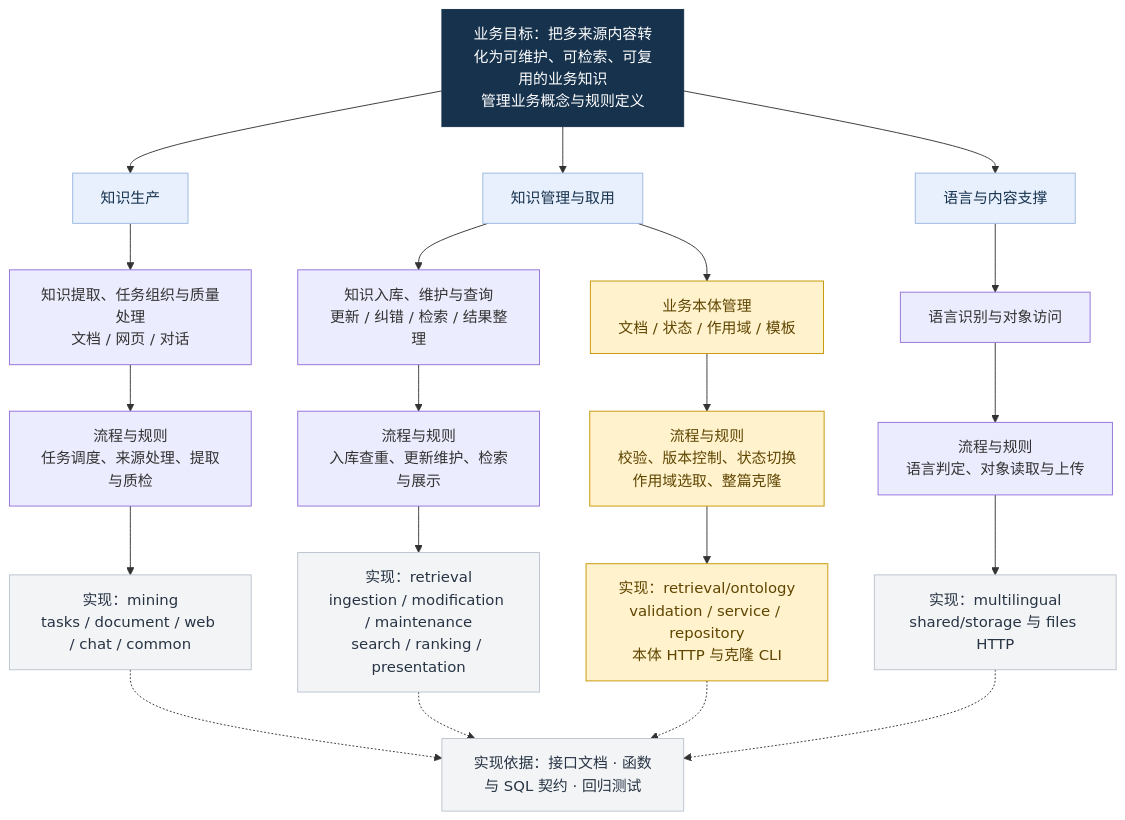
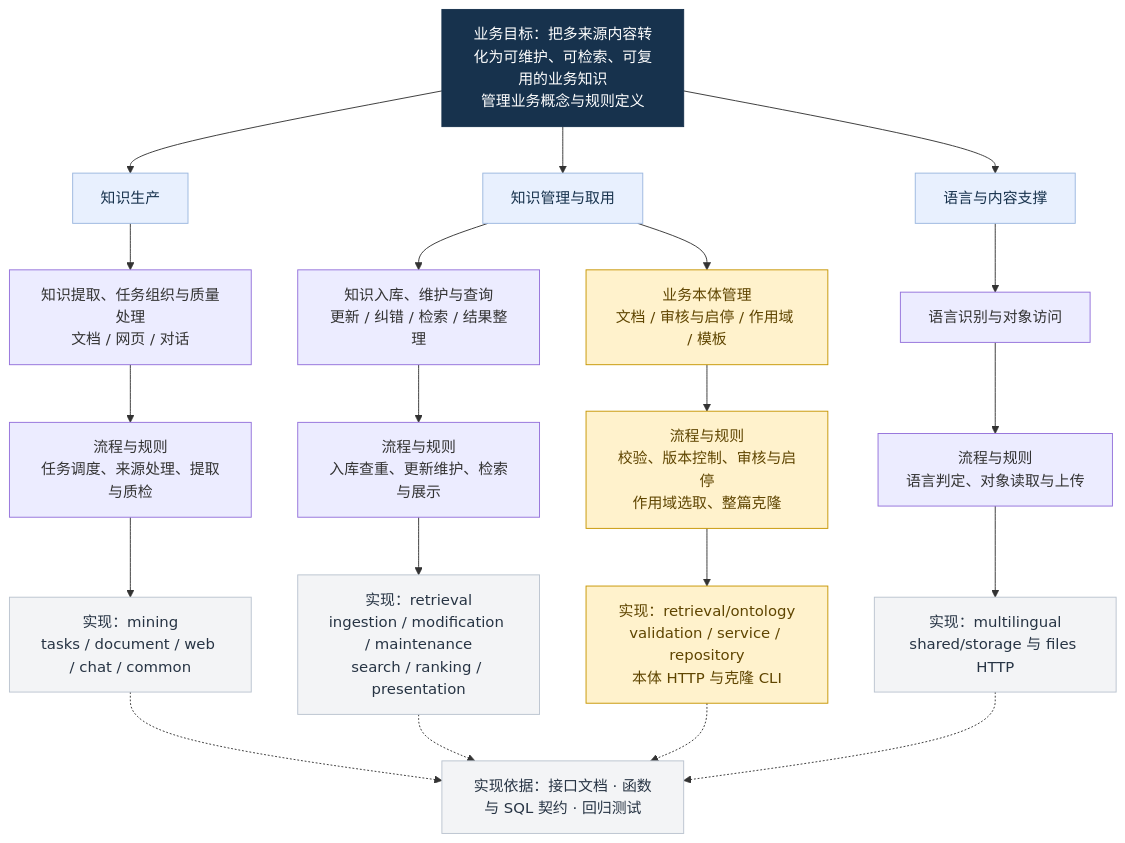
Before and after one commit to chenqishi/kdb-forge: the first of 2 diagrams in docs/Architecture_Overview_Diagram.md, drawn with Mermaid. The commit also changed other lines of this file and 45 other files, not shown here.

````diff
--- a/docs/Architecture_Overview_Diagram.md
+++ b/docs/Architecture_Overview_Diagram.md
@@ -9,36 +9,36 @@
 ```mermaid
 flowchart TB
   GOAL["业务目标：把多来源内容转化为可维护、可检索、可复用的业务知识<br/>管理业务概念与规则定义"]
   GOAL --> PRODUCE["知识生产"]
   GOAL --> USE["知识管理与取用"]
   GOAL --> SUPPORT["语言与内容支撑"]
 
   PRODUCE --> MC["知识提取、任务组织与质量处理<br/>文档 / 网页 / 对话"]
   USE --> KC["知识入库、维护与查询<br/>更新 / 纠错 / 检索 / 结果整理"]
-  USE --> OC["业务本体管理<br/>文档 / 状态 / 作用域 / 模板"]
+  USE --> OC["业务本体管理<br/>文档 / 审核与启停 / 作用域 / 模板"]
   SUPPORT --> SC["语言识别与对象访问"]
 
   MC --> MF["流程与规则<br/>任务调度、来源处理、提取与质检"]
   KC --> KF["流程与规则<br/>入库查重、更新维护、检索与展示"]
-  OC --> OF["流程与规则<br/>校验、版本控制、状态切换<br/>作用域选取、整篇克隆"]
+  OC --> OF["流程与规则<br/>校验、版本控制、审核与启停<br/>作用域选取、整篇克隆"]
   SC --> SF["流程与规则<br/>语言判定、对象读取与上传"]
 
   MF --> MI["实现：mining<br/>tasks / document / web / chat / common"]
   KF --> KI["实现：retrieval<br/>ingestion / modification / maintenance<br/>search / ranking / presentation"]
   OF --> OI["实现：retrieval/ontology<br/>validation / service / repository<br/>本体 HTTP 与克隆 CLI"]
   SF --> SI["实现：multilingual<br/>shared/storage 与 files HTTP"]
 
   MI -.-> EVIDENCE["实现依据：接口文档 · 函数与 SQL 契约 · 回归测试"]
   KI -.-> EVIDENCE
   OI -.-> EVIDENCE
   SI -.-> EVIDENCE
 
   classDef goal fill:#17324d,color:#fff,stroke:#17324d
   classDef domain fill:#e8f0fe,color:#17324d,stroke:#9bb7df
   classDef ontology fill:#fff2cc,color:#5f4500,stroke:#c69500
   classDef implementation fill:#f3f4f6,color:#273444,stroke:#bac3cf
   class GOAL goal
   class PRODUCE,USE,SUPPORT domain
   class OC,OF,OI ontology
   class MI,KI,SI,EVIDENCE implementation
 ```
````
